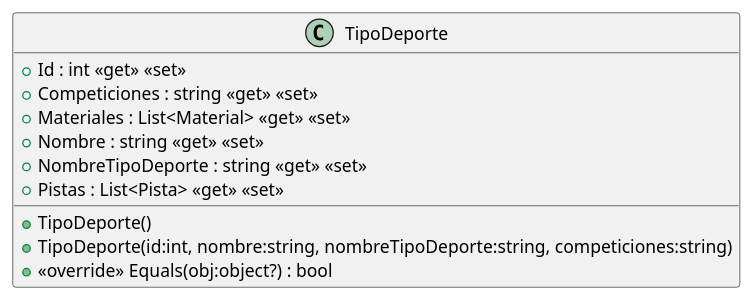
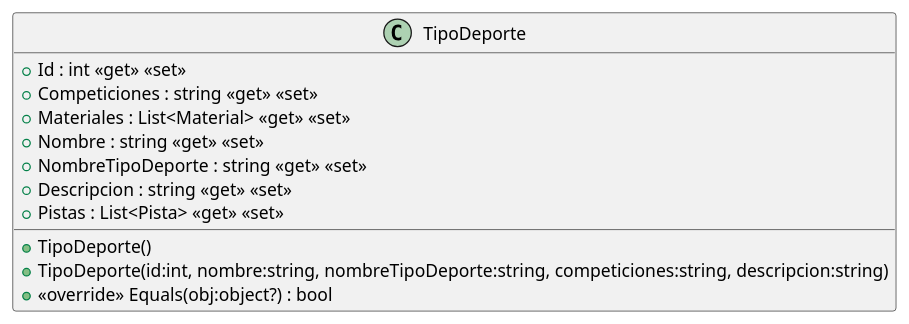
Before and after one commit to ISII2627CDGJ/ISII2627CDG: the diagram in src/AppForSEII.API/ClassDiagram/src/AppForSEII.API/Models/TipoDeporte.puml, drawn with PlantUML. The commit also changed 9 other files, not shown here.

```diff
--- a/src/AppForSEII.API/ClassDiagram/src/AppForSEII.API/Models/TipoDeporte.puml
+++ b/src/AppForSEII.API/ClassDiagram/src/AppForSEII.API/Models/TipoDeporte.puml
@@ -1,13 +1,14 @@
 @startuml
 class TipoDeporte {
     + Id : int <<get>> <<set>>
     + Competiciones : string <<get>> <<set>>
     + Materiales : List<Material> <<get>> <<set>>
     + Nombre : string <<get>> <<set>>
     + NombreTipoDeporte : string <<get>> <<set>>
+    + Descripcion : string <<get>> <<set>>
     + Pistas : List<Pista> <<get>> <<set>>
     + TipoDeporte()
-    + TipoDeporte(id:int, nombre:string, nombreTipoDeporte:string, competiciones:string)
+    + TipoDeporte(id:int, nombre:string, nombreTipoDeporte:string, competiciones:string, descripcion:string)
     + <<override>> Equals(obj:object?) : bool
 }
 @enduml
```
